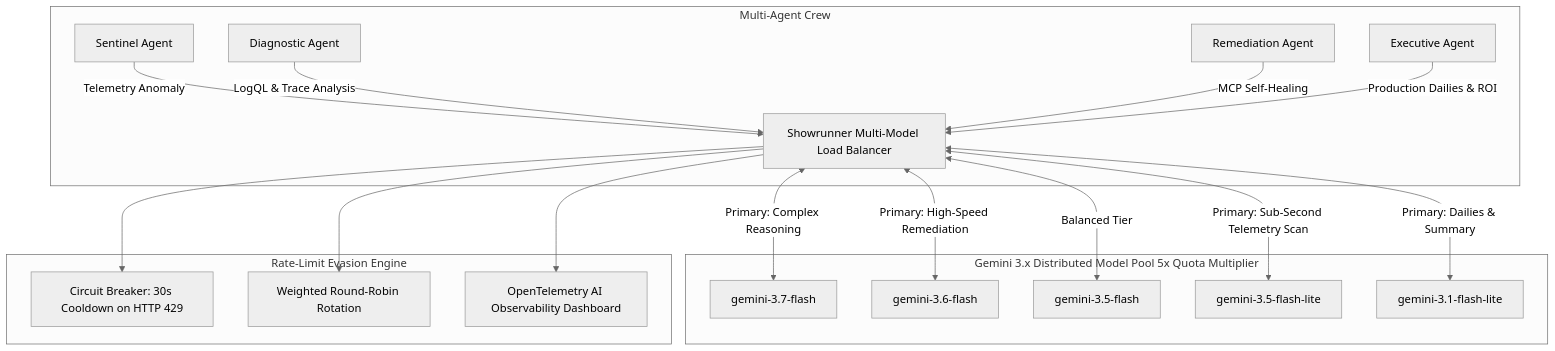
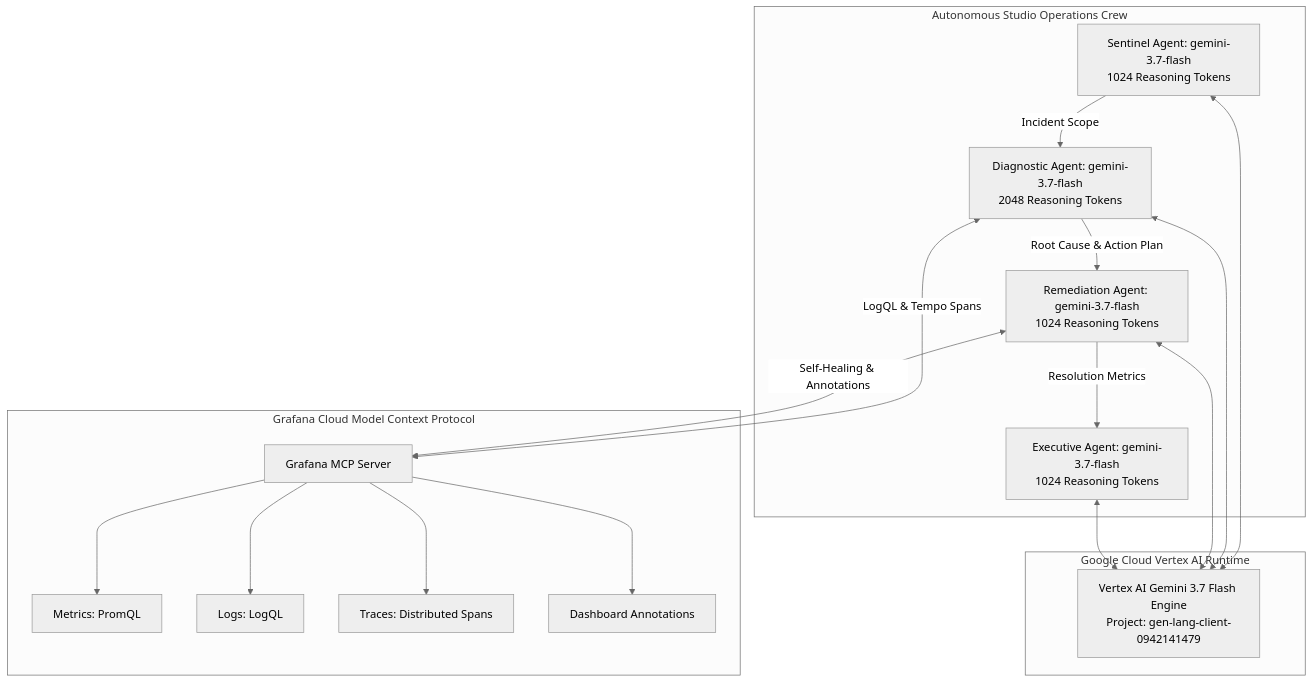
Before and after one commit to Tony-Stark2025/agentic-cinema-hackathon: the diagram in docs/ARCHITECTURE.md, drawn with Mermaid (neutral theme). The commit also changed other lines of this file and 40 other files, not shown here.

Commit message:
feat(vertex-ai): migrate all agents to Gemini 3.7 Flash on Google Cloud Vertex AI

````diff
--- a/docs/ARCHITECTURE.md
+++ b/docs/ARCHITECTURE.md
@@ -14,23 +14,28 @@
 ```mermaid
 flowchart TD
-    subgraph Multi-Agent Crew
-        S[Sentinel Agent] -->|Telemetry Anomaly| DP[Showrunner Multi-Model Load Balancer]
-        D[Diagnostic Agent] -->|LogQL & Trace Analysis| DP
-        R[Remediation Agent] -->|MCP Self-Healing| DP
-        E[Executive Agent] -->|Production Dailies & ROI| DP
+    subgraph Autonomous Studio Operations Crew
+        S[Sentinel Agent: gemini-3.7-flash<br/>1024 Reasoning Tokens] -->|Incident Scope| D[Diagnostic Agent: gemini-3.7-flash<br/>2048 Reasoning Tokens]
+        D -->|Root Cause & Action Plan| R[Remediation Agent: gemini-3.7-flash<br/>1024 Reasoning Tokens]
+        R -->|Resolution Metrics| E[Executive Agent: gemini-3.7-flash<br/>1024 Reasoning Tokens]
     end
 
-    subgraph Gemini 3.x Distributed Model Pool 5x Quota Multiplier
-        DP <-->|Primary: Complex Reasoning| M1[gemini-3.7-flash]
-        DP <-->|Primary: High-Speed Remediation| M2[gemini-3.6-flash]
-        DP <-->|Balanced Tier| M3[gemini-3.5-flash]
-        DP <-->|Primary: Sub-Second Telemetry Scan| M4[gemini-3.5-flash-lite]
-        DP <-->|Primary: Dailies & Summary| M5[gemini-3.1-flash-lite]
+    subgraph Google Cloud Vertex AI Runtime
+        VX[Vertex AI Gemini 3.7 Flash Engine<br/>Project: gen-lang-client-0942141479]
     end
 
-    subgraph Rate-Limit Evasion Engine
-        DP --> CB[Circuit Breaker: 30s Cooldown on HTTP 429]
-        DP --> RR[Weighted Round-Robin Rotation]
-        DP --> OTEL[OpenTelemetry AI Observability Dashboard]
+    S <--> VX
+    D <--> VX
+    R <--> VX
+    E <--> VX
+
+    subgraph Grafana Cloud Model Context Protocol
+        MCP[Grafana MCP Server]
+        MCP --> Mimir[Metrics: PromQL]
+        MCP --> Loki[Logs: LogQL]
+        MCP --> Tempo[Traces: Distributed Spans]
+        MCP --> Ann[Dashboard Annotations]
     end
+
+    D <-->|LogQL & Tempo Spans| MCP
+    R <-->|Self-Healing & Annotations| MCP
 ```
````
